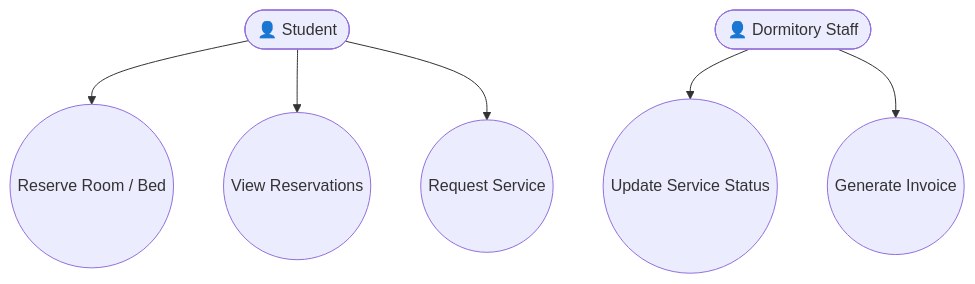
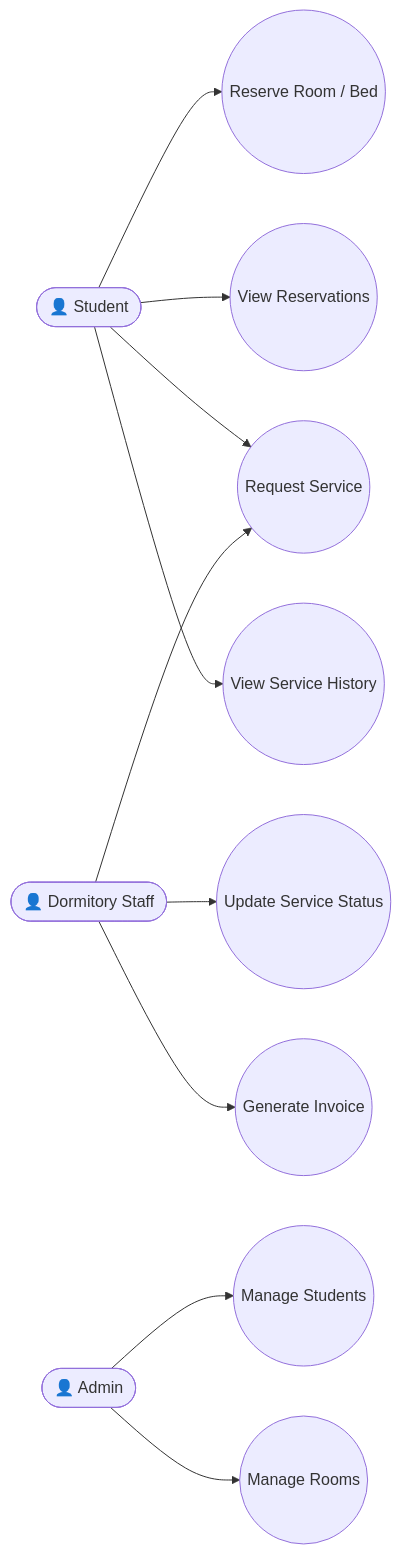
One commit to najemeh/Dormitory-Management-System changed the diagram in docs/usecase_diagram.md. Above: the diagram before and after it, drawn with Mermaid. The commit also changed other lines of this file, not shown here.

````diff
--- a/docs/usecase_diagram.md
+++ b/docs/usecase_diagram.md
@@ -1,22 +1,35 @@
 ```mermaid
-flowchart TD
+flowchart LR
 
     %% Actors
     Student([👤 Student])
     Staff([👤 Dormitory Staff])
+    Admin([👤 Admin])
 
-    %% Use Cases
+    %% Student Use Cases
     UC1((Reserve Room / Bed))
     UC2((View Reservations))
     UC3((Request Service))
-    UC4((Update Service Status))
-    UC5((Generate Invoice))
+    UC4((View Service History))
+
+    %% Staff Use Cases
+    UC5((Update Service Status))
+    UC6((Generate Invoice))
+
+    %% Admin Use Cases
+    UC7((Manage Students))
+    UC8((Manage Rooms))
 
     %% Connections
     Student --> UC1
     Student --> UC2
     Student --> UC3
+    Student --> UC4
 
-    Staff --> UC4
+    Staff --> UC3
     Staff --> UC5
+    Staff --> UC6
+
+    Admin --> UC7
+    Admin --> UC8
 ```
````
